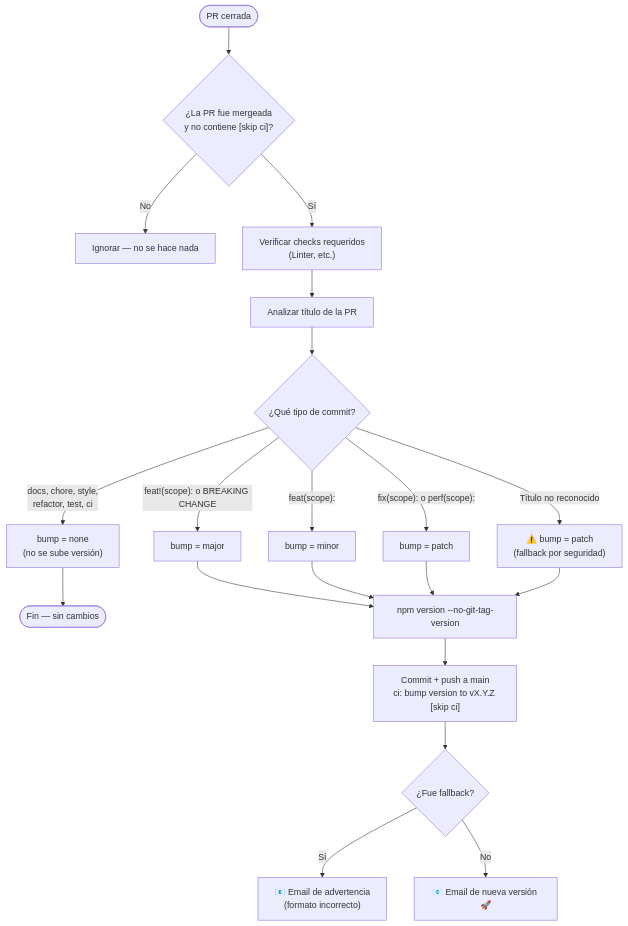
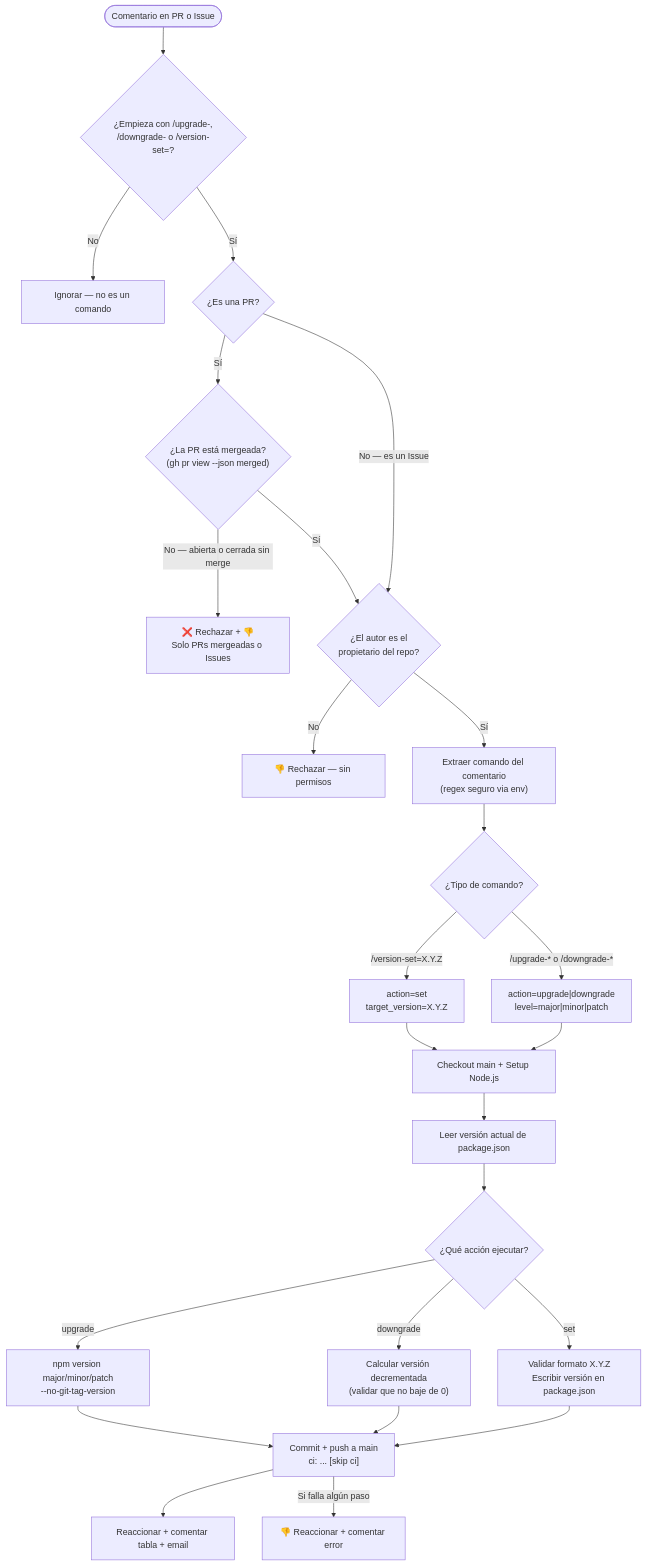
One commit to didacusdev/Formacion_node_express changed the first of 5 diagrams in Version Manager.md. Above: the diagram before and after it, drawn with Mermaid.

Commit message:
Update Version Manager.md

````diff
--- a/Version Manager.md
+++ b/Version Manager.md
@@ -186,31 +186,42 @@
 ```mermaid
 flowchart TD
-    A(["PR cerrada"]) --> B{"¿La PR fue mergeada\ny no contiene [skip ci]?"}
+    A(["Comentario en PR o Issue"]) --> B{"¿Empieza con /upgrade-,\n/downgrade- o /version-set=?"}
 
-    B -- "No" --> C["Ignorar — no se hace nada"]
+    B -- "No" --> C["Ignorar — no es un comando"]
 
-    B -- "Sí" --> D["Verificar checks requeridos\n(Linter, etc.)"]
+    B -- "Sí" --> P{"¿Es una PR?"}
 
-    D --> E["Analizar título de la PR"]
+    P -- "Sí" --> Q{"¿La PR está mergeada?\n(gh pr view --json merged)"}
+    Q -- "No — abierta o cerrada sin merge" --> R["❌ Rechazar + 👎\nSolo PRs mergeadas o Issues"]
+    Q -- "Sí" --> D
 
-    E --> F{"¿Qué tipo de commit?"}
+    P -- "No — es un Issue" --> D{"¿El autor es el\npropietario del repo?"}
 
-    F -- "feat!(scope): o BREAKING CHANGE" --> G["bump = major"]
-    F -- "feat(scope):" --> H["bump = minor"]
-    F -- "fix(scope): o perf(scope):" --> I["bump = patch"]
-    F -- "docs, chore, style,\nrefactor, test, ci" --> J["bump = none\n(no se sube versión)"]
-    F -- "Título no reconocido" --> K["⚠️ bump = patch\n(fallback por seguridad)"]
+    D -- "No" --> E["👎 Rechazar — sin permisos"]
 
-    J --> L(["Fin — sin cambios"])
+    D -- "Sí" --> F["Extraer comando del comentario\n(regex seguro via env)"]
 
-    G --> M["npm version --no-git-tag-version"]
-    H --> M
-    I --> M
+    F --> F1{"¿Tipo de comando?"}
+
+    F1 -- "/version-set=X.Y.Z" --> F2["action=set\ntarget_version=X.Y.Z"]
+    F1 -- "/upgrade-* o /downgrade-*" --> F3["action=upgrade|downgrade\nlevel=major|minor|patch"]
+
+    F2 --> G["Checkout main + Setup Node.js"]
+    F3 --> G
+
+    G --> H["Leer versión actual de package.json"]
+
+    H --> I{"¿Qué acción ejecutar?"}
+
+    I -- "upgrade" --> J["npm version major/minor/patch\n--no-git-tag-version"]
+    I -- "downgrade" --> K["Calcular versión decrementada\n(validar que no baje de 0)"]
+    I -- "set" --> L["Validar formato X.Y.Z\nEscribir versión en package.json"]
+
+    J --> M["Commit + push a main\nci: ... [skip ci]"]
     K --> M
+    L --> M
 
-    M --> N["Commit + push a main\nci: bump version to vX.Y.Z [skip ci]"]
+    M --> N["Reaccionar + comentar tabla + email"]
 
-    N --> O{"¿Fue fallback?"}
-    O -- "Sí" --> P["📧 Email de advertencia\n(formato incorrecto)"]
-    O -- "No" --> Q["📧 Email de nueva versión 🚀"]
+    M -- "Si falla algún paso" --> X["👎 Reaccionar + comentar error"]
 ```
````
